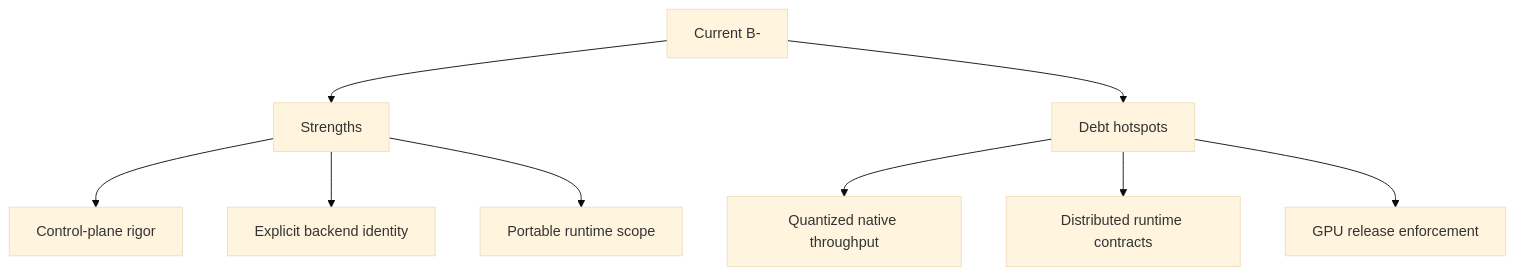
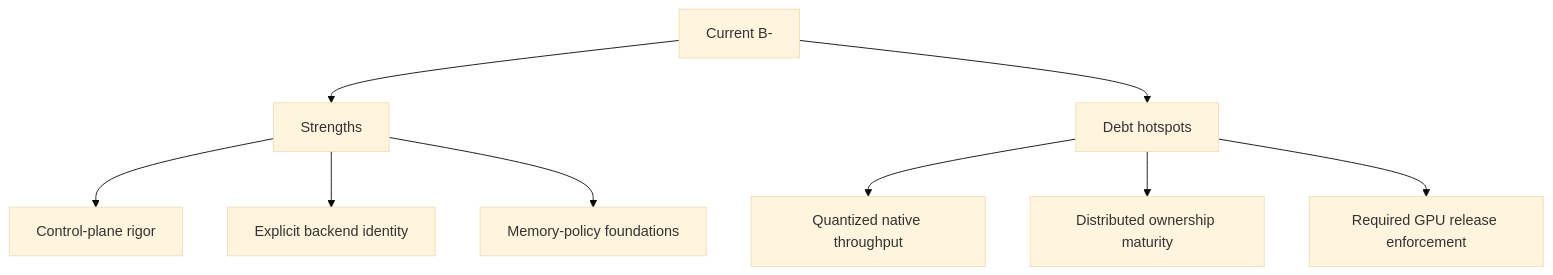
The diagram in docs/TechDebt_and_Competitive_Roadmap.md (vjsingh1984/inferflux), drawn with Mermaid (base theme) before and after one commit. The commit also changed other lines of this file and 13 other files, not shown here.

````diff
--- a/docs/TechDebt_and_Competitive_Roadmap.md
+++ b/docs/TechDebt_and_Competitive_Roadmap.md
@@ -7,11 +7,11 @@
 ```mermaid
 flowchart TB
     A[Current B-] --> B[Strengths]
     A --> C[Debt hotspots]
     B --> B1[Control-plane rigor]
     B --> B2[Explicit backend identity]
-    B --> B3[Portable runtime scope]
+    B --> B3[Memory-policy foundations]
     C --> C1[Quantized native throughput]
-    C --> C2[Distributed runtime contracts]
-    C --> C3[GPU release enforcement]
+    C --> C2[Distributed ownership maturity]
+    C --> C3[Required GPU release enforcement]
 ```
````
